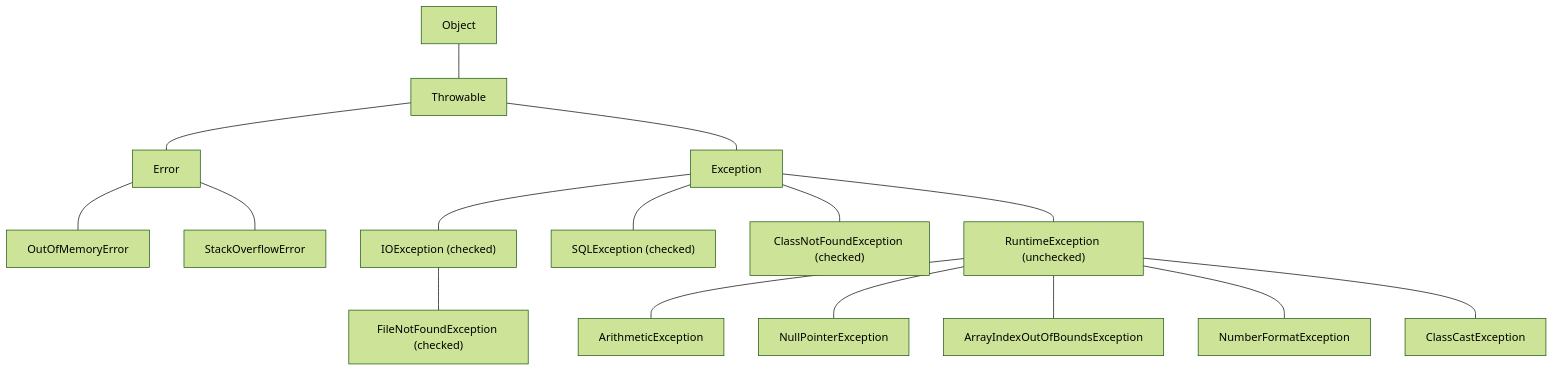
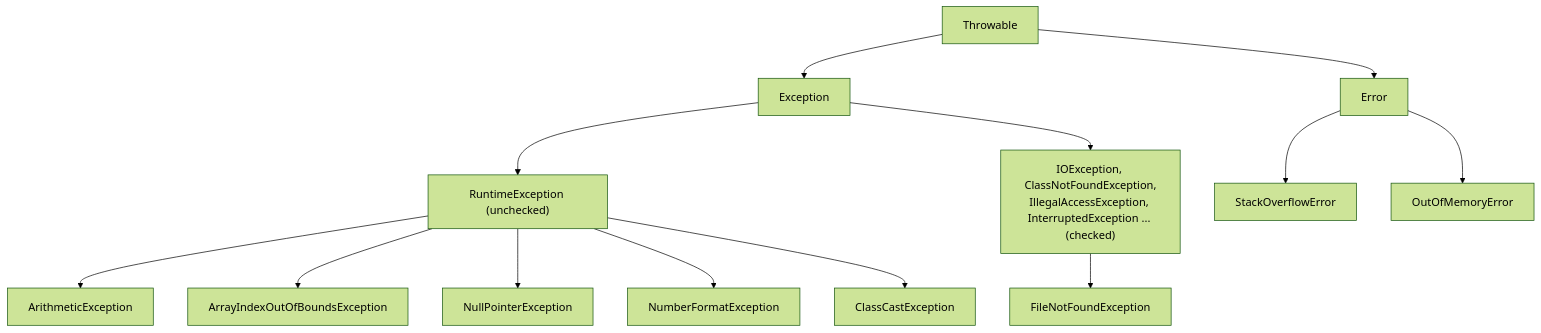
The eighth of 12 diagrams in docs/semester-5/PCC-CS-503.md (dwaidatta/kgec-cse-resources), drawn with Mermaid (forest theme) before and after one commit. The commit also changed other lines of this file and 2 other files, not shown here.

````diff
--- a/docs/semester-5/PCC-CS-503.md
+++ b/docs/semester-5/PCC-CS-503.md
@@ -1971,18 +3211,15 @@
 ```mermaid
 flowchart TB
-    Object --- Throwable
-    Throwable --- Error
-    Throwable --- Exception
-    Error --- OOM[OutOfMemoryError]
-    Error --- SOE[StackOverflowError]
-    Exception --- IOE["IOException (checked)"]
-    IOE --- FNF["FileNotFoundException (checked)"]
-    Exception --- SQL["SQLException (checked)"]
-    Exception --- CNF["ClassNotFoundException (checked)"]
-    Exception --- RTE["RuntimeException (unchecked)"]
-    RTE --- AE[ArithmeticException]
-    RTE --- NPE[NullPointerException]
-    RTE --- AIOOBE[ArrayIndexOutOfBoundsException]
-    RTE --- NFE[NumberFormatException]
-    RTE --- CCE[ClassCastException]
+    T[Throwable] --> E[Exception]
+    T --> ER[Error]
+    E --> RE["RuntimeException (unchecked)"]
+    E --> CH["IOException, ClassNotFoundException,<br>IllegalAccessException, InterruptedException ... (checked)"]
+    RE --> AE[ArithmeticException]
+    RE --> AI[ArrayIndexOutOfBoundsException]
+    RE --> NP[NullPointerException]
+    RE --> NF[NumberFormatException]
+    RE --> CC[ClassCastException]
+    CH --> FN[FileNotFoundException]
+    ER --> SO[StackOverflowError]
+    ER --> OM[OutOfMemoryError]
 ```
````
